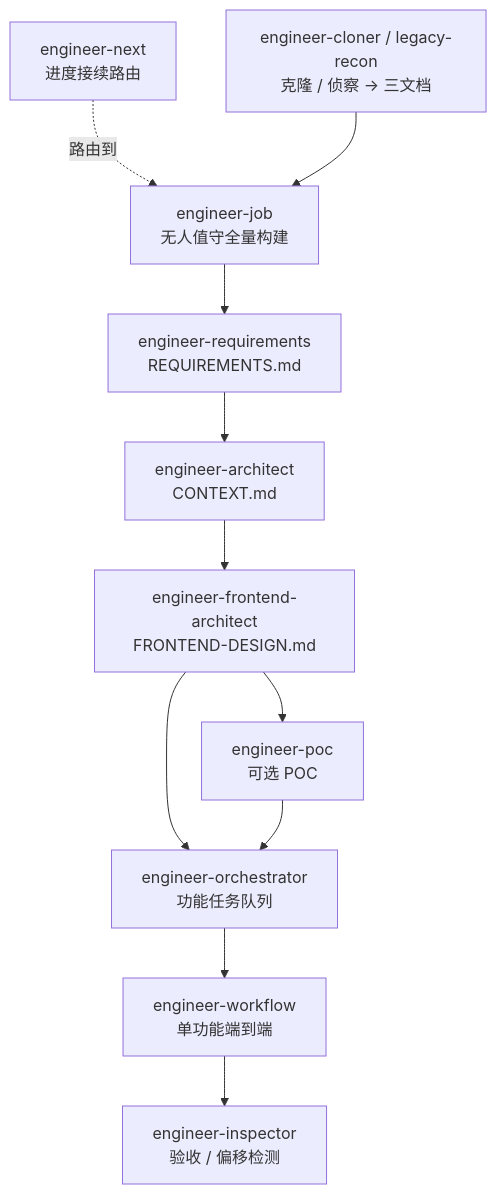
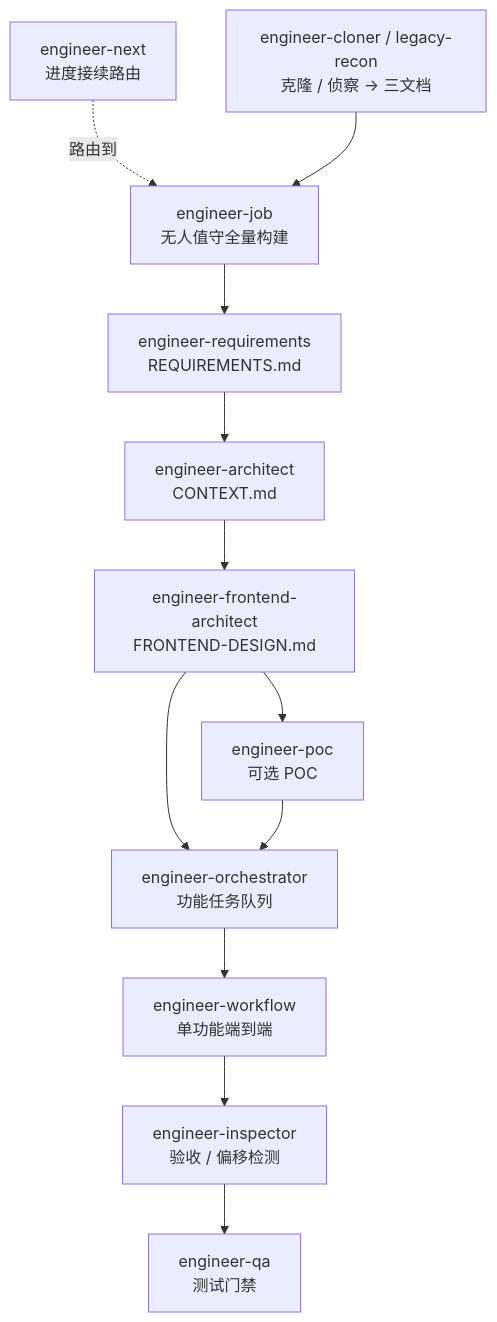
The diagram in README.zh-CN.md (iannil/skills), drawn with Mermaid before and after one commit. The commit also changed other lines of this file and 2 other files, not shown here.

Commit message:
docs: register engineer-qa in READMEs

````diff
--- a/README.zh-CN.md
+++ b/README.zh-CN.md
@@ -19,13 +19,14 @@
 ```mermaid
 graph TD
     J["engineer-job<br/>无人值守全量构建"] --> REQ
     N["engineer-next<br/>进度接续路由"] -.路由到.-> J
     CL["engineer-cloner / legacy-recon<br/>克隆 / 侦察 → 三文档"] --> J
     REQ["engineer-requirements<br/>REQUIREMENTS.md"] --> ARCH["engineer-architect<br/>CONTEXT.md"]
     ARCH --> FE["engineer-frontend-architect<br/>FRONTEND-DESIGN.md"]
     FE --> ORCH["engineer-orchestrator<br/>功能任务队列"]
     FE --> POC["engineer-poc<br/>可选 POC"]
     POC --> ORCH
     ORCH --> WF["engineer-workflow<br/>单功能端到端"]
     WF --> INS["engineer-inspector<br/>验收 / 偏移检测"]
+    INS --> QA["engineer-qa<br/>测试门禁"]
 ```
````
